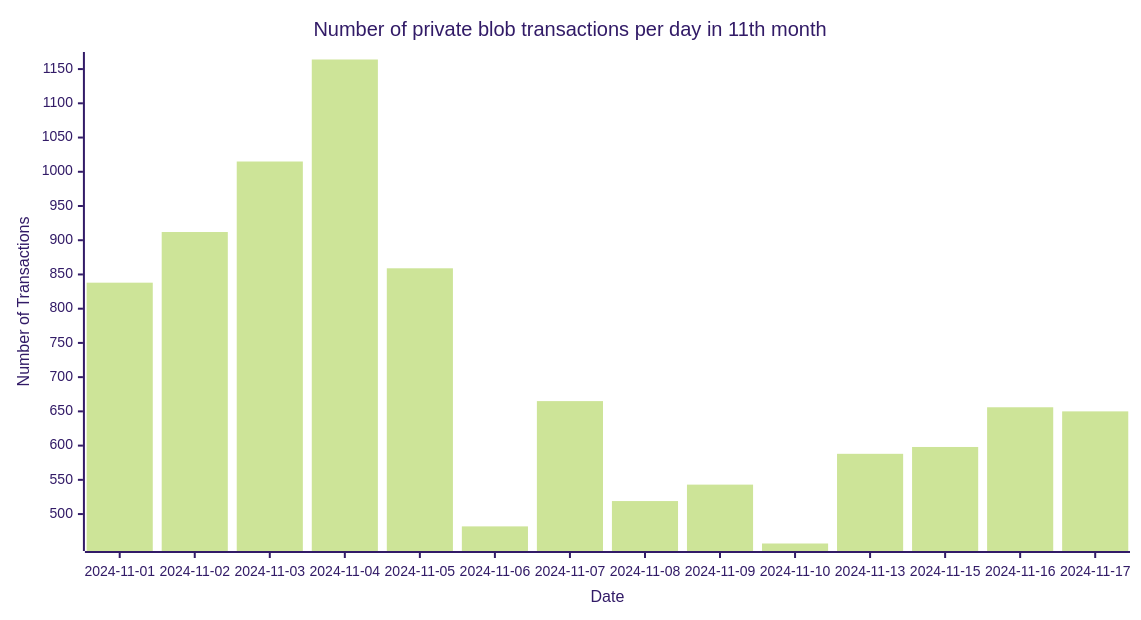
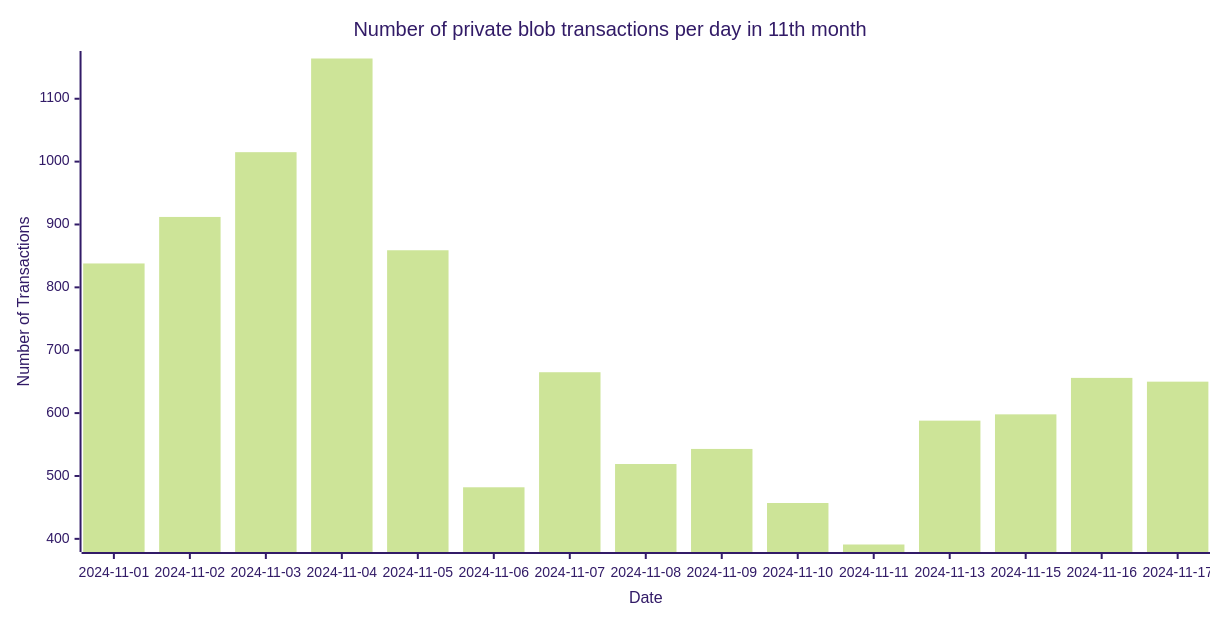
One commit to Amit0617/eip4844-data changed the ninth of 9 diagrams in README.md. Above: the diagram before and after it, drawn with Mermaid (forest theme). The commit also changed 1 other file, not shown here.

````diff
--- a/README.md
+++ b/README.md
@@ -105,12 +105,12 @@
 ```mermaid
 ---
 config:
     xyChart:
-        width: 1120
+        width: 1200
         height: 600
 ---
 xychart-beta title "Number of private blob transactions per day in 11th month"
-x-axis "Date" [2024-11-01,2024-11-02,2024-11-03,2024-11-04,2024-11-05,2024-11-06,2024-11-07,2024-11-08,2024-11-09,2024-11-10,2024-11-13,2024-11-15,2024-11-16,2024-11-17]
+x-axis "Date" [2024-11-01,2024-11-02,2024-11-03,2024-11-04,2024-11-05,2024-11-06,2024-11-07,2024-11-08,2024-11-09,2024-11-10,2024-11-11,2024-11-13,2024-11-15,2024-11-16,2024-11-17]
 y-axis "Number of Transactions"
-bar[838,912,1015,1164,859,482,665,519,543,457,588,598,656,650]
+bar[838,912,1015,1164,859,482,665,519,543,457,391,588,598,656,650]
 ```
````
